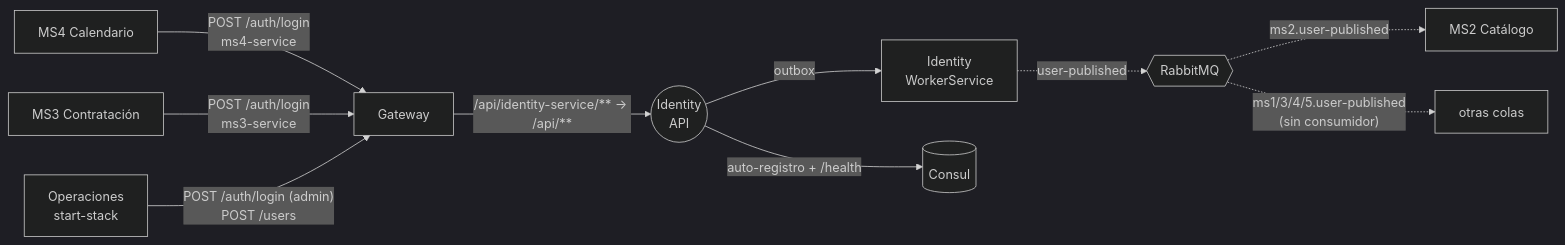
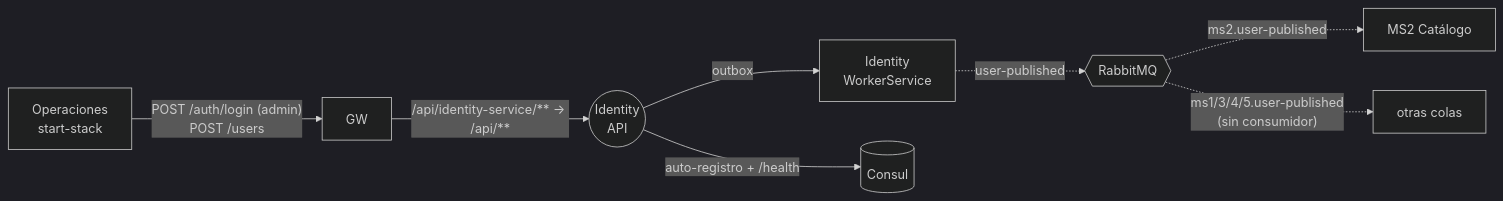
One commit to Nur-tricenter/knowledge changed the diagram in services/identity-service/README.md. Above: the diagram before and after it, drawn with Mermaid (dark theme). The commit also changed other lines of this file and 43 other files, not shown here.

````diff
--- a/services/identity-service/README.md
+++ b/services/identity-service/README.md
@@ -37,12 +36,10 @@
 ```mermaid
 flowchart LR
-  MS4[MS4 Calendario] -- "POST /auth/login<br/>ms4-service" --> GW[Gateway]
-  MS3[MS3 Contratación] -- "POST /auth/login<br/>ms3-service" --> GW
   OPS[Operaciones<br/>start-stack] -- "POST /auth/login (admin)<br/>POST /users" --> GW
   GW -- "/api/identity-service/** → /api/**" --> ID((Identity<br/>API))
   ID -- outbox --> W[Identity<br/>WorkerService]
   W -. "user-published" .-> MQ{{RabbitMQ}}
   MQ -. "ms2.user-published" .-> MS2[MS2 Catálogo]
   MQ -. "ms1/3/4/5.user-published<br/>(sin consumidor)" .-> X[otras colas]
   ID -- "auto-registro + /health" --> CS[(Consul)]
 ```
````
